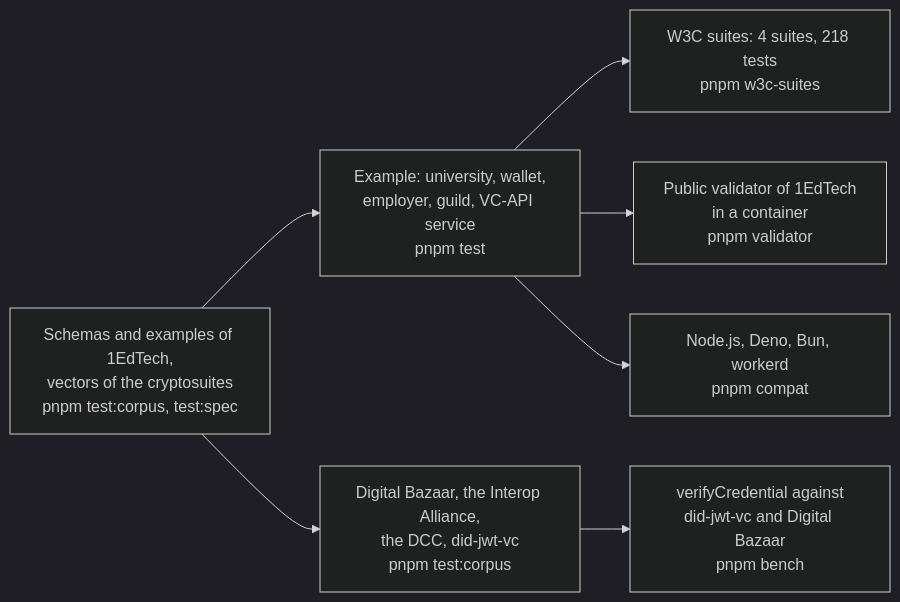
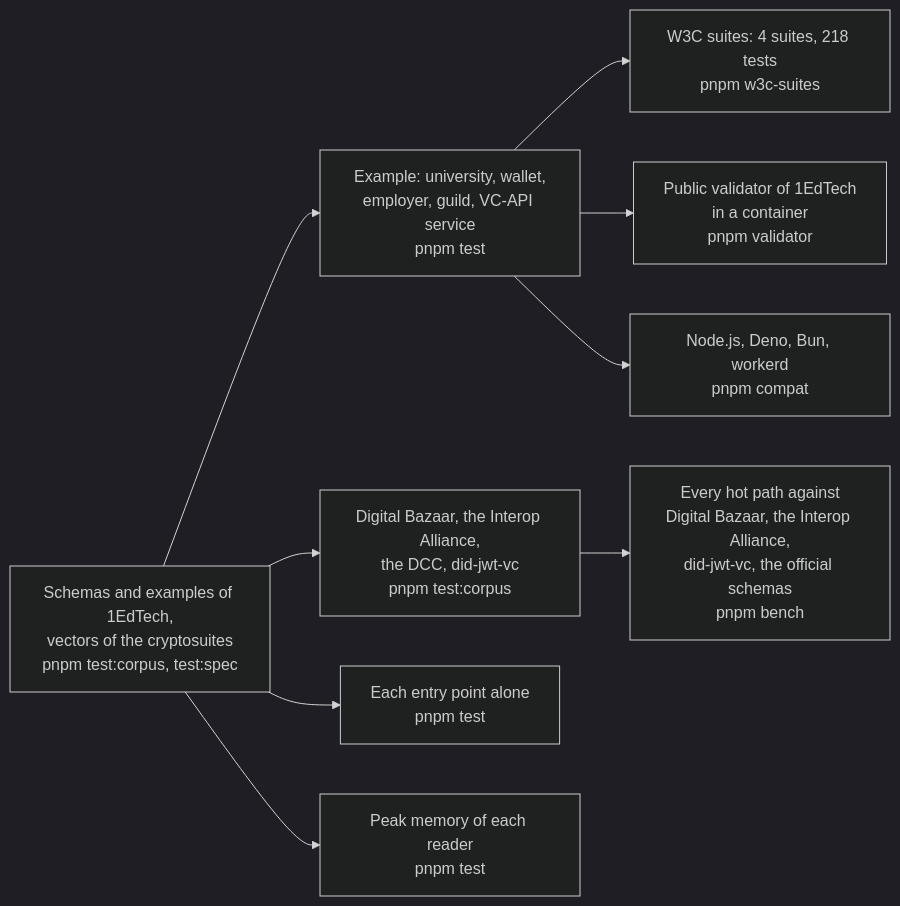
One commit to interopkit/interopkit changed the diagram in docs/achievement-credentials/evidence.md. Above: the diagram before and after it, drawn with Mermaid (dark theme). The commit also changed other lines of this file and 7 other files, not shown here.

First line of the commit message:
Give the measured speed, entry sizes and peaks of achievement-credentials and core in their guides

````diff
--- a/docs/achievement-credentials/evidence.md
+++ b/docs/achievement-credentials/evidence.md
@@ -7,9 +8,11 @@
 ```mermaid
 flowchart LR
   schemas["Schemas and examples of 1EdTech,<br/>vectors of the cryptosuites<br/>pnpm test:corpus, test:spec"] --> example["Example: university, wallet,<br/>employer, guild, VC-API service<br/>pnpm test"]
   example --> suites["W3C suites: 4 suites, 218 tests<br/>pnpm w3c-suites"]
   example --> validator["Public validator of 1EdTech<br/>in a container<br/>pnpm validator"]
   schemas --> counterparties["Digital Bazaar, the Interop Alliance,<br/>the DCC, did-jwt-vc<br/>pnpm test:corpus"]
   example --> runtimes["Node.js, Deno, Bun, workerd<br/>pnpm compat"]
-  counterparties --> speed["verifyCredential against<br/>did-jwt-vc and Digital Bazaar<br/>pnpm bench"]
+  counterparties --> speed["Every hot path against<br/>Digital Bazaar, the Interop Alliance,<br/>did-jwt-vc, the official schemas<br/>pnpm bench"]
+  schemas --> size["Each entry point alone<br/>pnpm test"]
+  schemas --> memory["Peak memory of each reader<br/>pnpm test"]
 ```
````
